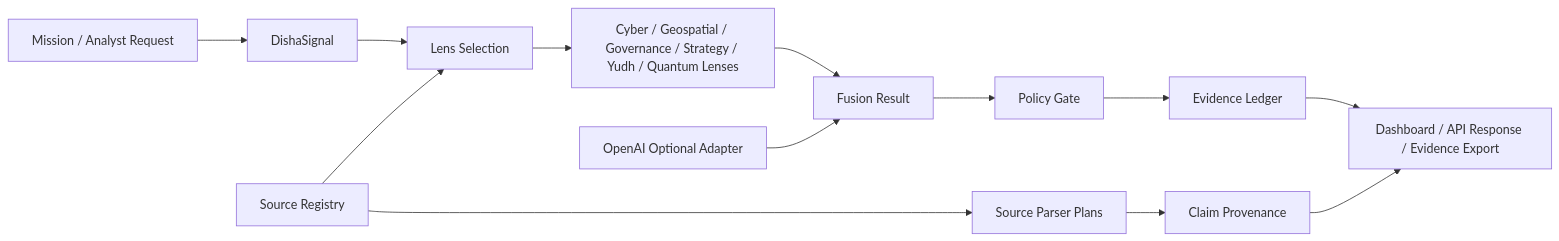
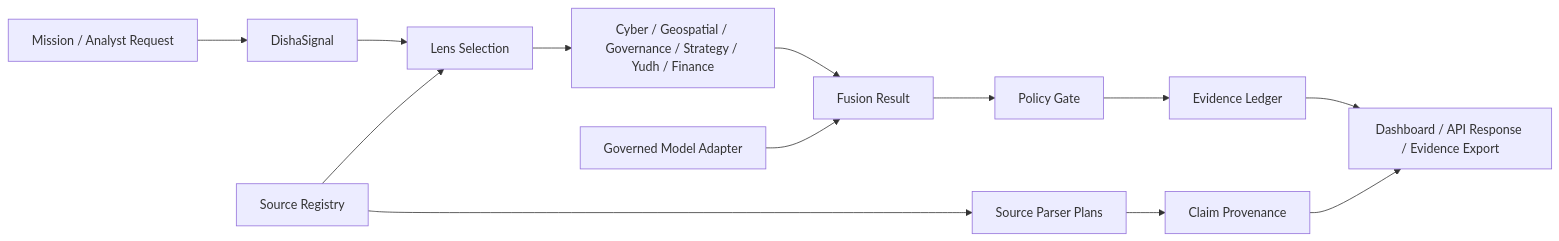
Before and after one commit to Tashima-Tarsh/Disha: the diagram in docs/wiki/Architecture.md, drawn with Mermaid. The commit also changed other lines of this file and 11 other files, not shown here.

````diff
--- a/docs/wiki/Architecture.md
+++ b/docs/wiki/Architecture.md
@@ -21,15 +23,15 @@
 ```mermaid
 flowchart LR
   A["Mission / Analyst Request"] --> B["DishaSignal"]
   B --> C["Lens Selection"]
-  C --> D["Cyber / Geospatial / Governance / Strategy / Yudh / Quantum Lenses"]
+  C --> D["Cyber / Geospatial / Governance / Strategy / Yudh / Finance"]
   D --> E["Fusion Result"]
   E --> F["Policy Gate"]
   F --> G["Evidence Ledger"]
   G --> H["Dashboard / API Response / Evidence Export"]
   I["Source Registry"] --> C
   I --> J["Source Parser Plans"]
   J --> K["Claim Provenance"]
   K --> H
-  L["OpenAI Optional Adapter"] --> E
+  L["Governed Model Adapter"] --> E
 ```
````
